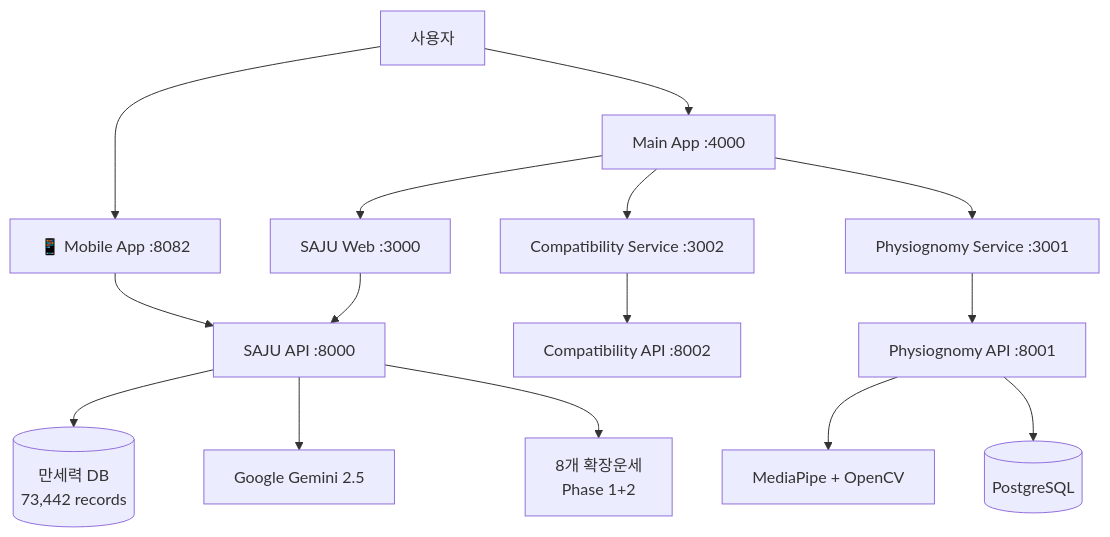
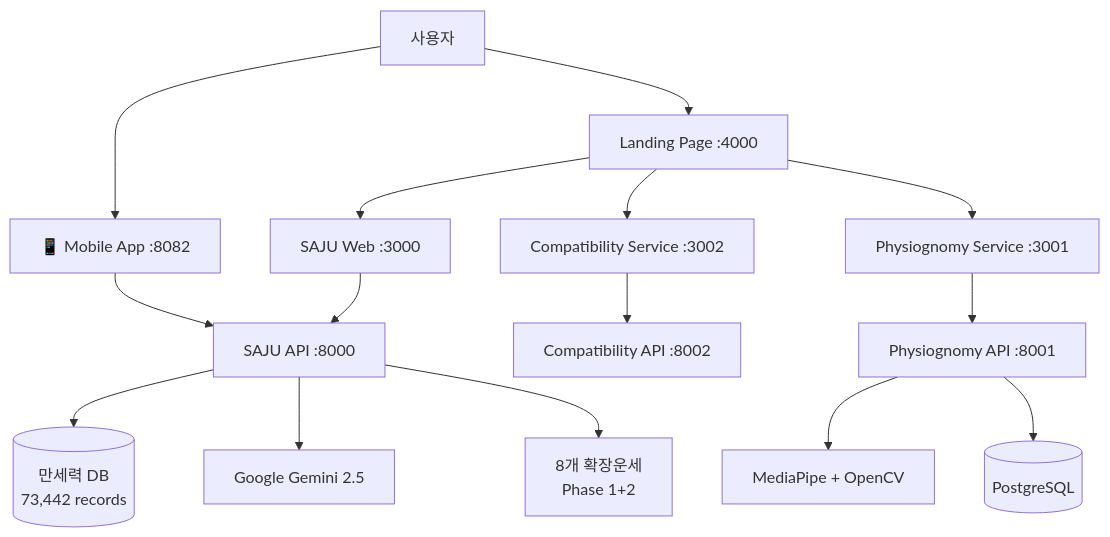
One commit to YounglaeKim2/MSproject2 changed the diagram in README.md. Above: the diagram before and after it, drawn with Mermaid. The commit also changed other lines of this file and 6 other files, not shown here.

````diff
--- a/README.md
+++ b/README.md
@@ -37,19 +37,19 @@
 ```mermaid
 graph TB
-    A[사용자] --> B[Main App :4000]
+    A[사용자] --> B[Landing Page :4000]
     A --> M[📱 Mobile App :8082]
     B --> C[SAJU Web :3000]
     B --> D[Compatibility Service :3002] 
     B --> E[Physiognomy Service :3001]
     
     C --> F[SAJU API :8000]
     M --> F
     D --> G[Compatibility API :8002]
     E --> H[Physiognomy API :8001]
     
     F --> I[(만세력 DB<br/>73,442 records)]
     F --> J[Google Gemini 2.5]
     F --> N[8개 확장운세<br/>Phase 1+2]
     H --> K[MediaPipe + OpenCV]
     H --> L[(PostgreSQL)]
 ```
````
